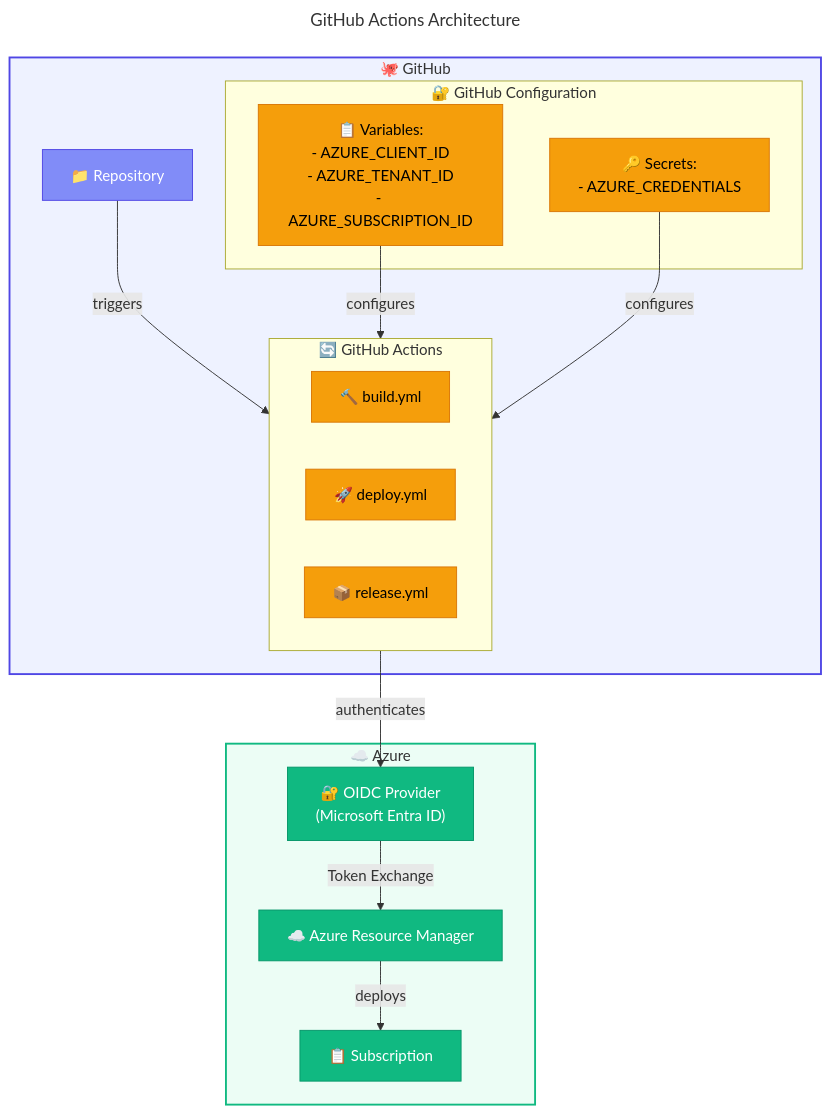
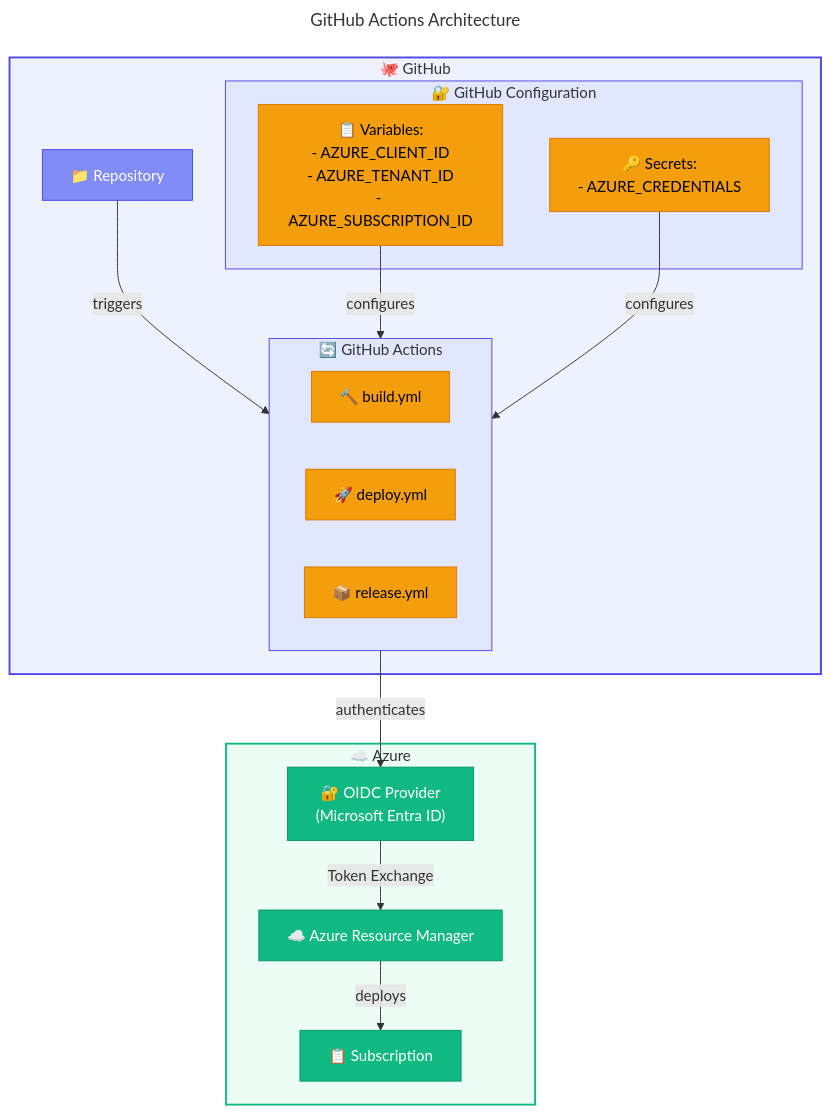
One commit to Evilazaro/DevExp-DevBox changed the seventh of 9 diagrams in docs/architecture/04-technology-architecture.md. Above: the diagram before and after it, drawn with Mermaid. The commit also changed other lines of this file and 3 other files, not shown here.

Commit message:
Enhance flowchart styles in architecture documentation for improved visual clarity and consistency across business, data, technology, and security sections.

````diff
--- a/docs/architecture/04-technology-architecture.md
+++ b/docs/architecture/04-technology-architecture.md
@@ -590,53 +597,55 @@
 ```mermaid
 ---
 title: GitHub Actions Architecture
 ---
 flowchart TB
     %% ===== GITHUB =====
     subgraph GitHub["🐙 GitHub"]
         REPO["📁 Repository"]
         
         %% ===== ACTIONS =====
         subgraph Actions["🔄 GitHub Actions"]
             WF_BUILD["🔨 build.yml"]
             WF_DEPLOY["🚀 deploy.yml"]
             WF_RELEASE["📦 release.yml"]
         end
         
         %% ===== SECRETS =====
         subgraph Secrets["🔐 GitHub Configuration"]
             VARS["📋 Variables:<br/>- AZURE_CLIENT_ID<br/>- AZURE_TENANT_ID<br/>- AZURE_SUBSCRIPTION_ID"]
             SECS["🔑 Secrets:<br/>- AZURE_CREDENTIALS"]
         end
     end
     
     %% ===== AZURE =====
     subgraph Azure["☁️ Azure"]
         OIDC["🔐 OIDC Provider<br/>(Microsoft Entra ID)"]
         ARM["☁️ Azure Resource Manager"]
         SUB["📋 Subscription"]
     end
     
     %% ===== CONNECTIONS =====
     REPO -->|triggers| Actions
     Actions -->|authenticates| OIDC
     OIDC -->|Token Exchange| ARM
     ARM -->|deploys| SUB
     
     VARS -->|configures| Actions
     SECS -->|configures| Actions
     
     %% ===== STYLES =====
     classDef trigger fill:#818CF8,stroke:#4F46E5,color:#FFFFFF
     classDef primary fill:#4F46E5,stroke:#3730A3,color:#FFFFFF
     classDef datastore fill:#F59E0B,stroke:#D97706,color:#000000
     classDef secondary fill:#10B981,stroke:#059669,color:#FFFFFF
     
     class REPO trigger
     class WF_BUILD,WF_DEPLOY,WF_RELEASE datastore
     class VARS,SECS datastore
     class OIDC,ARM,SUB secondary
     
     style GitHub fill:#EEF2FF,stroke:#4F46E5,stroke-width:2px
     style Azure fill:#ECFDF5,stroke:#10B981,stroke-width:2px
+    style Actions fill:#E0E7FF,stroke:#4F46E5,stroke-width:1px
+    style Secrets fill:#E0E7FF,stroke:#4F46E5,stroke-width:1px
 ```
````
